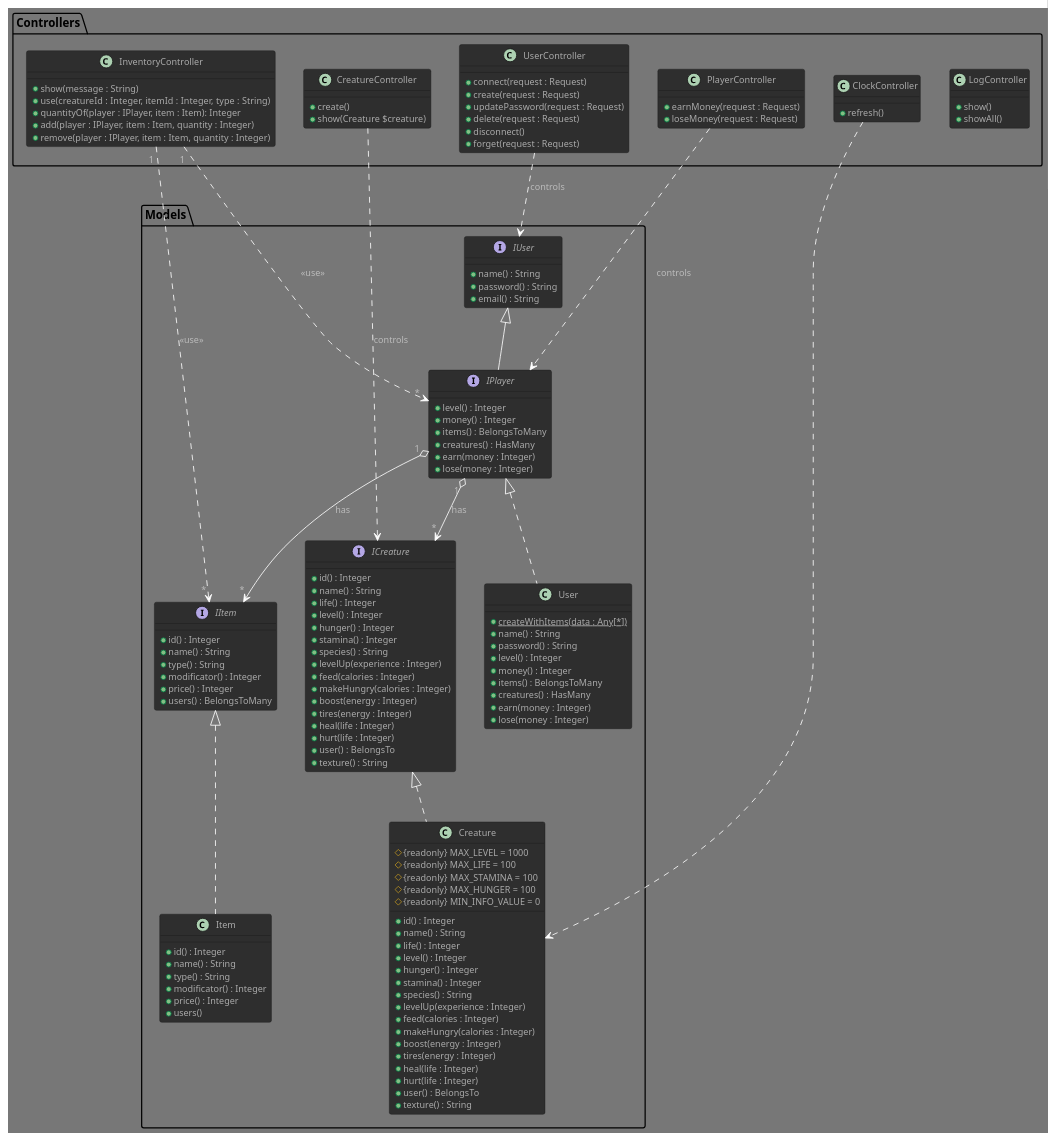
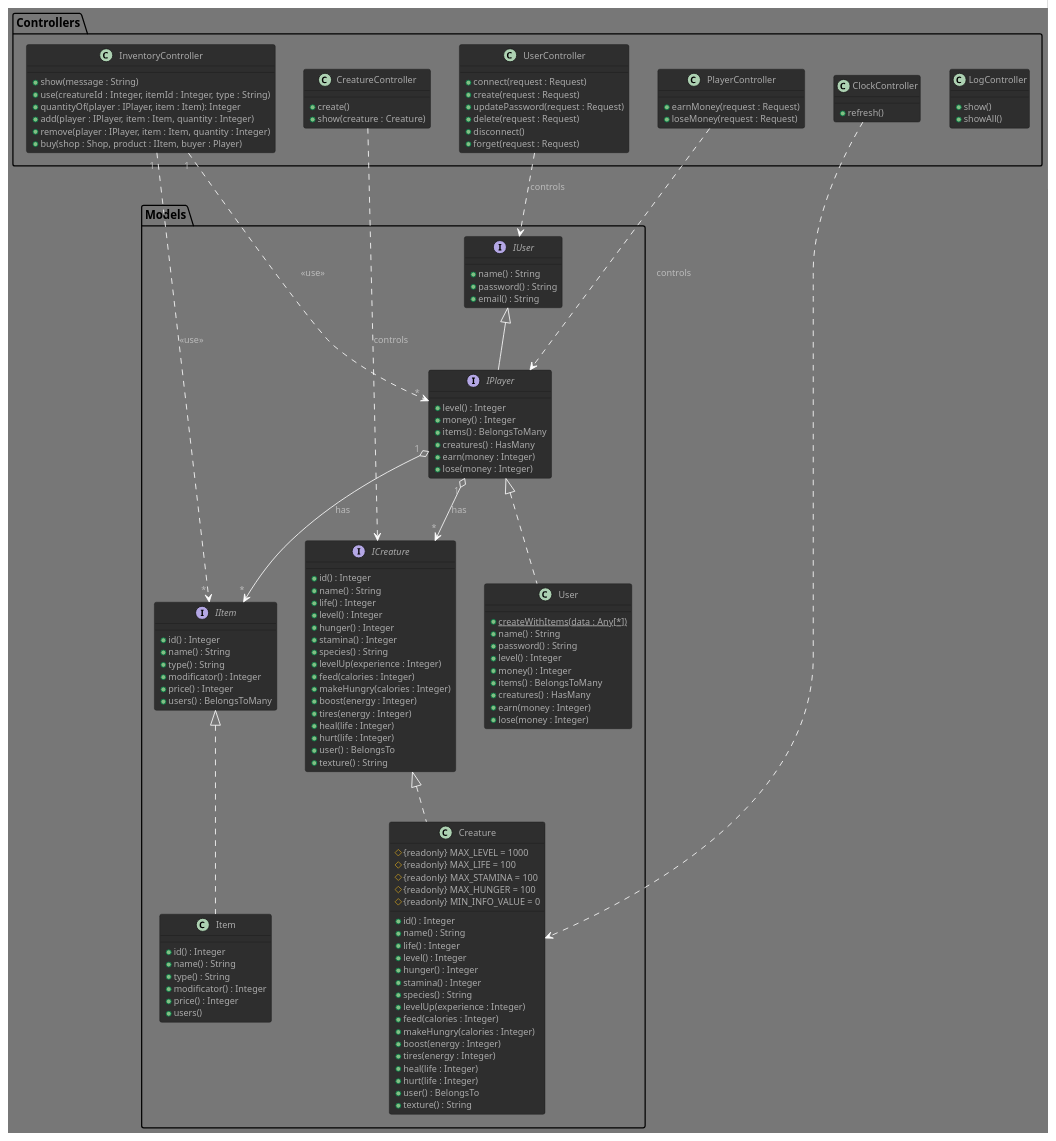
The diagram in VirtualNoe.puml (GlazKrovi/VirtualNoe), drawn with PlantUML before and after one commit. The commit also changed 11 other files, not shown here.

```diff
--- a/VirtualNoe.puml
+++ b/VirtualNoe.puml
@@ -1,151 +1,152 @@
 @startuml VirtualNoe
 
 !theme reddress-darkgreen
 
 package Models
 {
     interface IUser {
         + name() : String
         + password() : String
         + email() : String
     }
 
     interface IPlayer extends IUser
     {
         + level() : Integer /' sum of his creatures' exp '/
         + money() : Integer
         + items() : BelongsToMany
         + creatures() : HasMany
         + earn(money : Integer)
         + lose(money : Integer)
     }
     IPlayer" 1 " o--> " * "IItem : has
     IPlayer" 1 " o--> " * "ICreature : has
 
     class User implements IPlayer
     {
         + {static} createWithItems(data : Any[*])
         + name() : String
         + password() : String
         + level() : Integer
         + money() : Integer
         + items() : BelongsToMany
         + creatures() : HasMany
         + earn(money : Integer)
         + lose(money : Integer)
     }
 
     interface IItem
     {
         + id() : Integer
         + name() : String
         + type() : String
         + modificator() : Integer   
         + price() : Integer
         + users() : BelongsToMany /' get owners '/
     }
 
     class Item implements IItem
     {
         + id() : Integer
         + name() : String
         + type() : String
         + modificator() : Integer   
         + price() : Integer
         + users()
     }
 
     interface ICreature
     {
         + id() : Integer
         + name() : String
         + life() : Integer
         + level() : Integer
         + hunger() : Integer
         + stamina() : Integer
         + species() : String
         + levelUp(experience : Integer)
         + feed(calories : Integer) 
         + makeHungry(calories : Integer) 
         + boost(energy : Integer) 
         + tires(energy : Integer) 
         + heal(life : Integer) 
         + hurt(life : Integer) 
         + user() : BelongsTo
         + texture() : String
     }
 
     class Creature implements ICreature
     {
         # {readonly} MAX_LEVEL = 1000
         # {readonly} MAX_LIFE = 100
         # {readonly} MAX_STAMINA = 100
         # {readonly} MAX_HUNGER = 100
         # {readonly} MIN_INFO_VALUE = 0
         + id() : Integer
         + name() : String
         + life() : Integer
         + level() : Integer
         + hunger() : Integer
         + stamina() : Integer
         + species() : String
         + levelUp(experience : Integer)
         + feed(calories : Integer) 
         + makeHungry(calories : Integer) 
         + boost(energy : Integer) 
         + tires(energy : Integer) 
         + heal(life : Integer) 
         + hurt(life : Integer) 
         + user() : BelongsTo
         + texture() : String
     }
 }
 
 package Controllers
 {
     class LogController
     {
         +  show()
         +  showAll()
     }
 
     class InventoryController   /' use IPlayer '/
     {
         + show(message : String)
         + use(creatureId : Integer, itemId : Integer, type : String)
         + quantityOf(player : IPlayer, item : Item): Integer
         + add(player : IPlayer, item : Item, quantity : Integer)
         + remove(player : IPlayer, item : Item, quantity : Integer)
+        + buy(shop : Shop, product : IItem, buyer : Player)
     }
     InventoryController" 1 " ..> " * "IPlayer : <<use>>
     InventoryController" 1 " ..> " * "IItem : <<use>>
 
     class UserController {
         + connect(request : Request)
         + create(request : Request)
         + updatePassword(request : Request)
         + delete(request : Request)
         + disconnect()
         + forget(request : Request)
     }
     UserController ..> IUser : controls
 
     class PlayerController {
         + earnMoney(request : Request)
         + loseMoney(request : Request)
     }
     PlayerController ..> IPlayer : controls
 
     class CreatureController {
         + create()
-        + show(Creature $creature)
+        + show(creature : Creature)
     }
     CreatureController ..> ICreature : controls
 
     class ClockController{
         + refresh()
     }
     ClockController ..> Creature
 }
 
 @enduml
```
